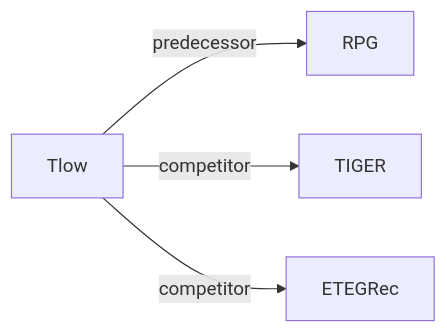
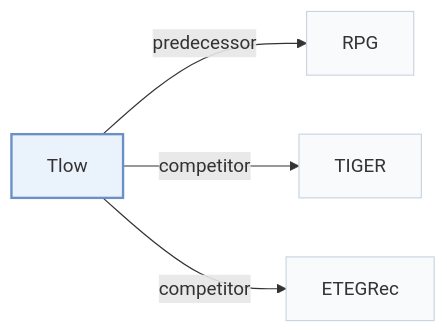
Before and after one commit to Galaxy-ghost/Awesome-SID-Generative-Rec: the second of 2 diagrams in pages/papers/tlow.md, drawn with Mermaid. The commit also changed other lines of this file and 649 other files, not shown here.

Commit message:
writer-05: also tags and modality index (schema, check, build, visuals); summary field removed; calibration data for 12 papers

````diff
--- a/pages/papers/tlow.md
+++ b/pages/papers/tlow.md
@@ -68,7 +74,11 @@
 ```mermaid
 flowchart LR
     P["Tlow"]
-    P -->|predecessor| A["RPG"]
-    P -->|competitor| B["TIGER"]
-    P -->|competitor| C["ETEGRec"]
+    P -->|"predecessor"| A["RPG"]
+    P -->|"competitor"| B["TIGER"]
+    P -->|"competitor"| C["ETEGRec"]
+    classDef main fill:#eaf2fb,stroke:#6b8fc7,stroke-width:2px
+    classDef peer fill:#f8fafc,stroke:#cbd5e1
+    class P main
+    class A,B,C peer
 ```
````
